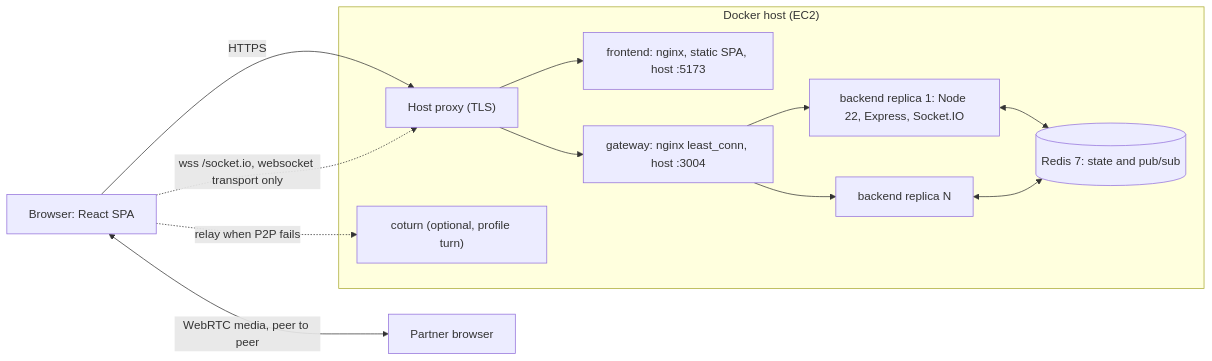
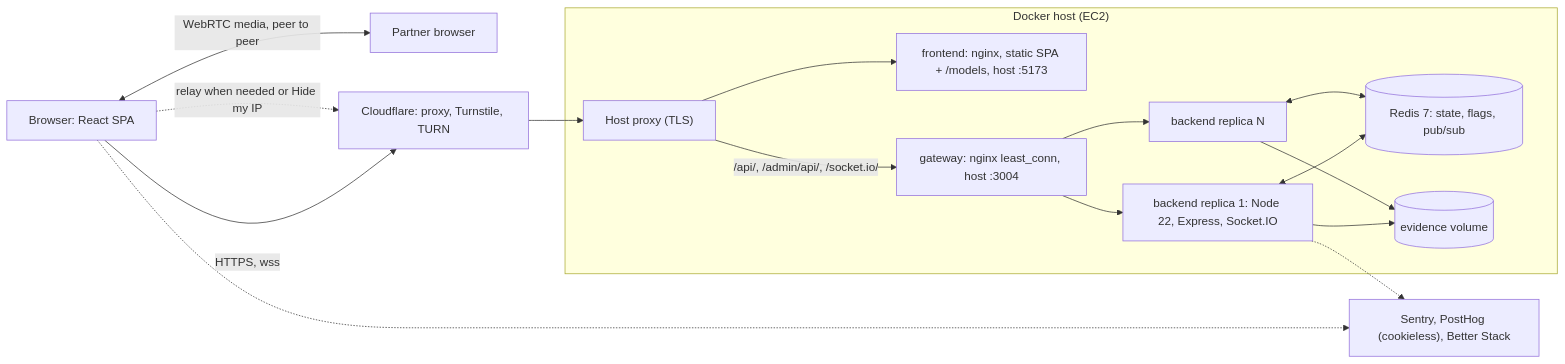
Before and after one commit to yashs33244/Omegle_with_stun: the diagram in README.md, drawn with Mermaid. The commit also changed other lines of this file, not shown here.

````diff
--- a/README.md
+++ b/README.md
@@ -25,24 +51,30 @@
 ```mermaid
 flowchart LR
   SPA["Browser: React SPA"]
   PEER["Partner browser"]
+  CF["Cloudflare: proxy, Turnstile, TURN"]
   subgraph Host["Docker host (EC2)"]
     HP["Host proxy (TLS)"]
-    FE["frontend: nginx, static SPA, host :5173"]
+    FE["frontend: nginx, static SPA + /models, host :5173"]
     GW["gateway: nginx least_conn, host :3004"]
     B1["backend replica 1: Node 22, Express, Socket.IO"]
     B2["backend replica N"]
-    R[("Redis 7: state and pub/sub")]
-    T["coturn (optional, profile turn)"]
+    R[("Redis 7: state, flags, pub/sub")]
+    EV[("evidence volume")]
   end
-  SPA -->|HTTPS| HP
-  SPA -.->|"wss /socket.io, websocket transport only"| HP
+  OBS["Sentry, PostHog (cookieless), Better Stack"]
+  SPA -->|"HTTPS, wss"| CF
+  CF --> HP
   HP --> FE
-  HP --> GW
+  HP -->|"/api/, /admin/api/, /socket.io/"| GW
   GW --> B1
   GW --> B2
   B1 <--> R
   B2 <--> R
+  B1 --> EV
+  B2 --> EV
   SPA <-->|"WebRTC media, peer to peer"| PEER
-  SPA -.->|"relay when P2P fails"| T
+  SPA -.->|"relay when needed or Hide my IP"| CF
+  SPA -.-> OBS
+  B1 -.-> OBS
 ```
````
